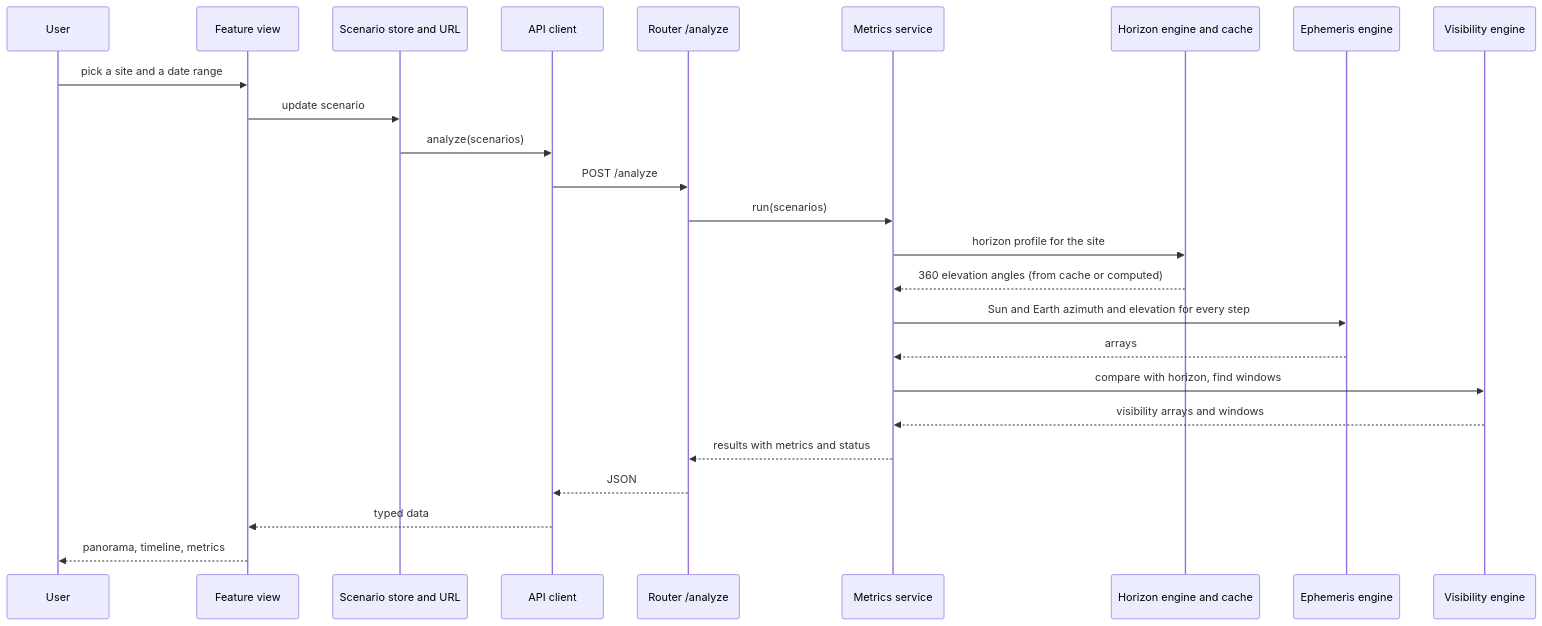
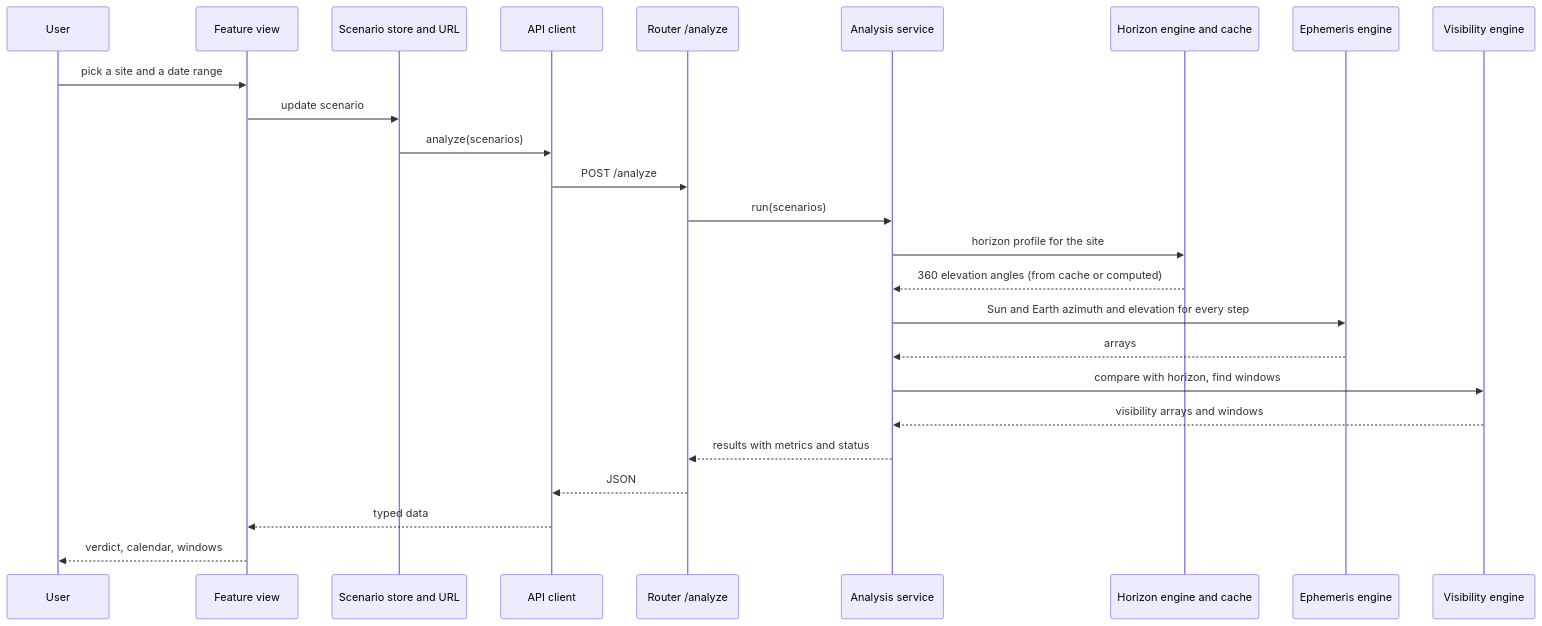
Before and after one commit to itani-jr-404/moonmaps: the first of 2 diagrams in docs/architecture/request-lifecycle.md, drawn with Mermaid. The commit also changed other lines of this file and 183 other files, not shown here.

````diff
--- a/docs/architecture/request-lifecycle.md
+++ b/docs/architecture/request-lifecycle.md
@@ -11,28 +11,28 @@
 ```mermaid
 sequenceDiagram
   participant U as User
   participant V as Feature view
   participant S as Scenario store and URL
   participant C as API client
   participant R as Router /analyze
-  participant M as Metrics service
+  participant M as Analysis service
   participant H as Horizon engine and cache
   participant E as Ephemeris engine
   participant X as Visibility engine
 
   U->>V: pick a site and a date range
   V->>S: update scenario
   S->>C: analyze(scenarios)
   C->>R: POST /analyze
   R->>M: run(scenarios)
   M->>H: horizon profile for the site
   H-->>M: 360 elevation angles (from cache or computed)
   M->>E: Sun and Earth azimuth and elevation for every step
   E-->>M: arrays
   M->>X: compare with horizon, find windows
   X-->>M: visibility arrays and windows
   M-->>R: results with metrics and status
   R-->>C: JSON
   C-->>V: typed data
-  V-->>U: panorama, timeline, metrics
+  V-->>U: verdict, calendar, windows
 ```
````
